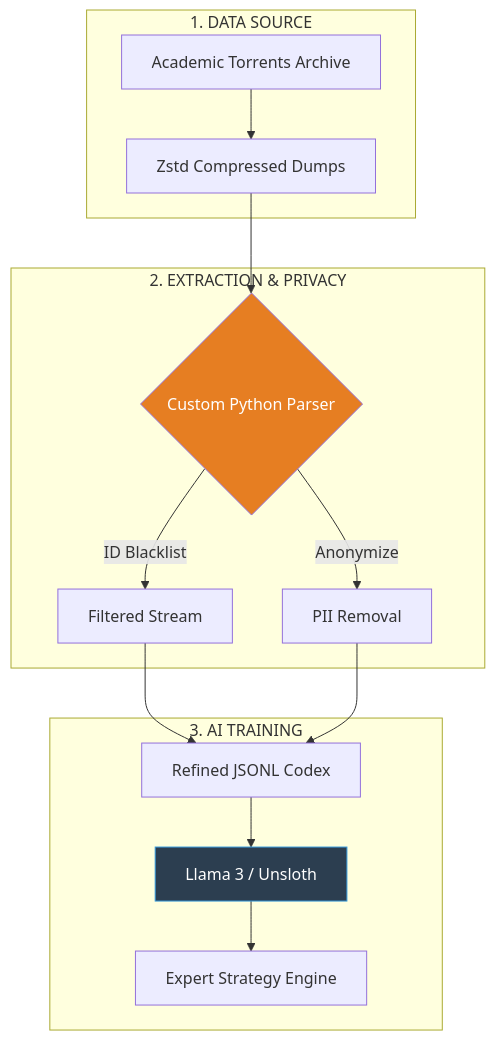
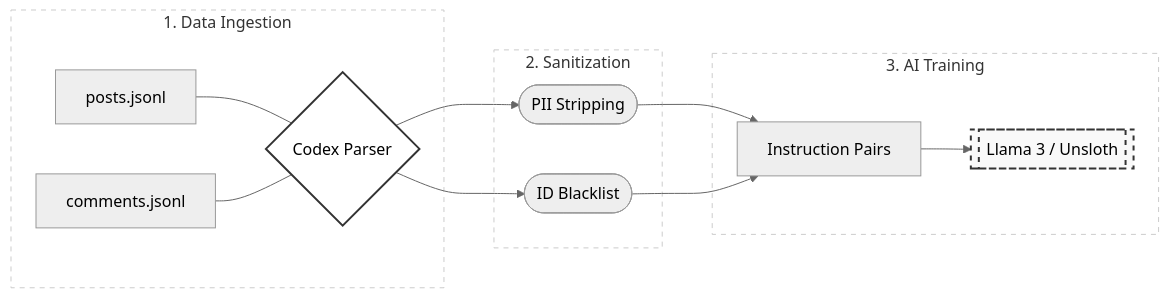
One commit to andrewjee81/ZombieWaves-AI-Codex changed the diagram in README.md. Above: the diagram before and after it, drawn with Mermaid.

Commit message:
Update README.md
Updated mermaid graph

````diff
--- a/README.md
+++ b/README.md
@@ -20,21 +20,31 @@
 ```mermaid
-graph TD
-    subgraph "1. DATA SOURCE"
-    A[Academic Torrents Archive] --> B[Zstd Compressed Dumps]
+---
+config:
+  layout: dagre
+  look: classic
+  theme: neutral
+---
+graph LR
+    subgraph Ingestion ["1. Data Ingestion"]
+    A1[posts.jsonl] --- B
+    A2[comments.jsonl] --- B
+    B{Codex Parser}
     end
 
-    subgraph "2. EXTRACTION & PRIVACY"
-    B --> C{Custom Python Parser}
-    C -->|ID Blacklist| D[Filtered Stream]
-    C -->|Anonymize| E[PII Removal]
+    subgraph Sanitization ["2. Sanitization"]
+    B --> C([PII Stripping])
+    B --> D([ID Blacklist])
     end
 
-    subgraph "3. AI TRAINING"
-    D & E --> F[Refined JSONL Codex]
-    F --> G[Llama 3 / Unsloth]
-    G --> H[Expert Strategy Engine]
+    subgraph Training ["3. AI Training"]
+    C & D --> E[Instruction Pairs]
+    E --> F[[Llama 3 / Unsloth]]
     end
 
-    style G fill:#2c3e50,color:#fff,stroke:#3498db
-    style C fill:#e67e22,color:#fff
+    %% Minimalist Styling
+    style B fill:#fff,stroke:#333,stroke-width:2px
+    style F fill:#f9f9f9,stroke:#333,stroke-width:2px,stroke-dasharray: 5 5
+    style Ingestion fill:none,stroke:#ccc,stroke-dasharray: 5 5
+    style Sanitization fill:none,stroke:#ccc,stroke-dasharray: 5 5
+    style Training fill:none,stroke:#ccc,stroke-dasharray: 5 5
 ```
````
